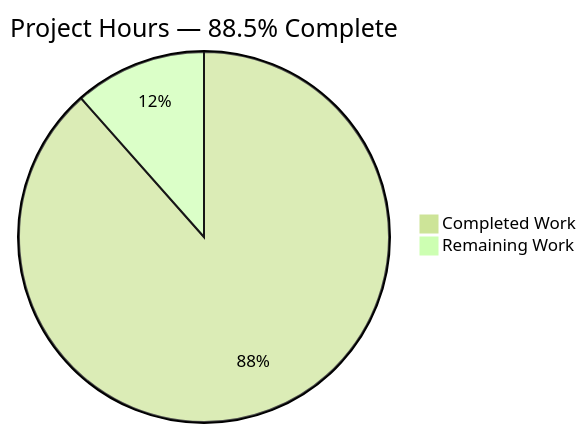
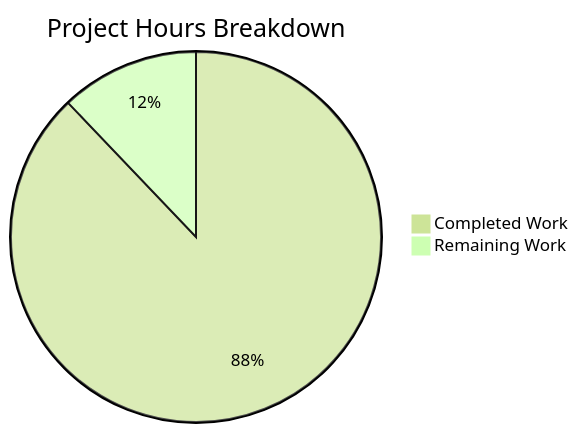
Before and after one commit to sudhanshu-spec/test-spec: the second of 2 diagrams in blitzy/documentation/Project Guide.md, drawn with Mermaid (forest theme). The commit also changed other lines of this file, not shown here.

Commit message:
Adding Blitzy Project Guide: Project Status and Human Tasks Remaining

````diff
--- a/blitzy/documentation/Project Guide.md
+++ b/blitzy/documentation/Project Guide.md
@@ -172,5 +187,5 @@
 ```mermaid
-pie title Project Hours — 88.5% Complete
-    "Completed Work" : 23
-    "Remaining Work" : 3
+pie title Project Hours Breakdown
+    "Completed Work" : 29
+    "Remaining Work" : 4
 ```
````
